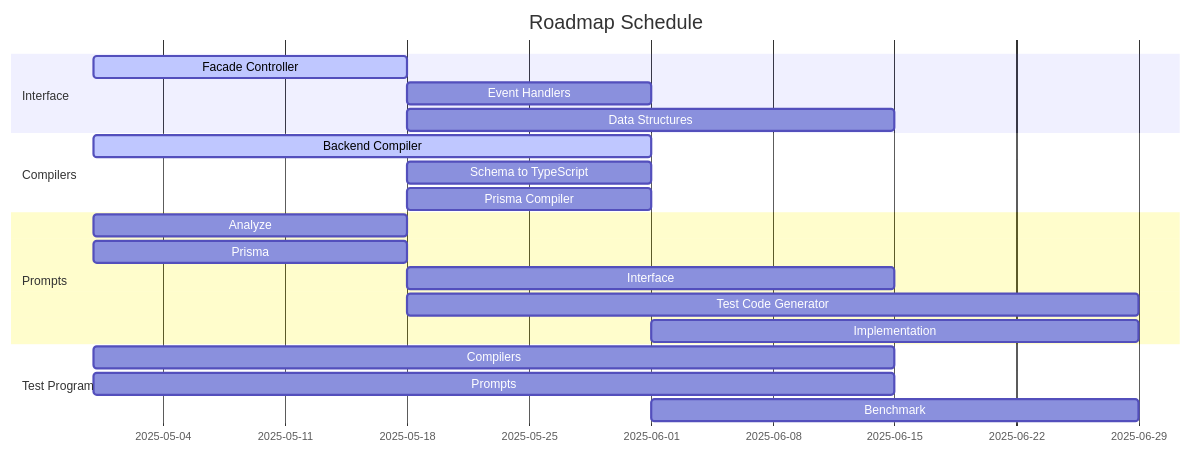
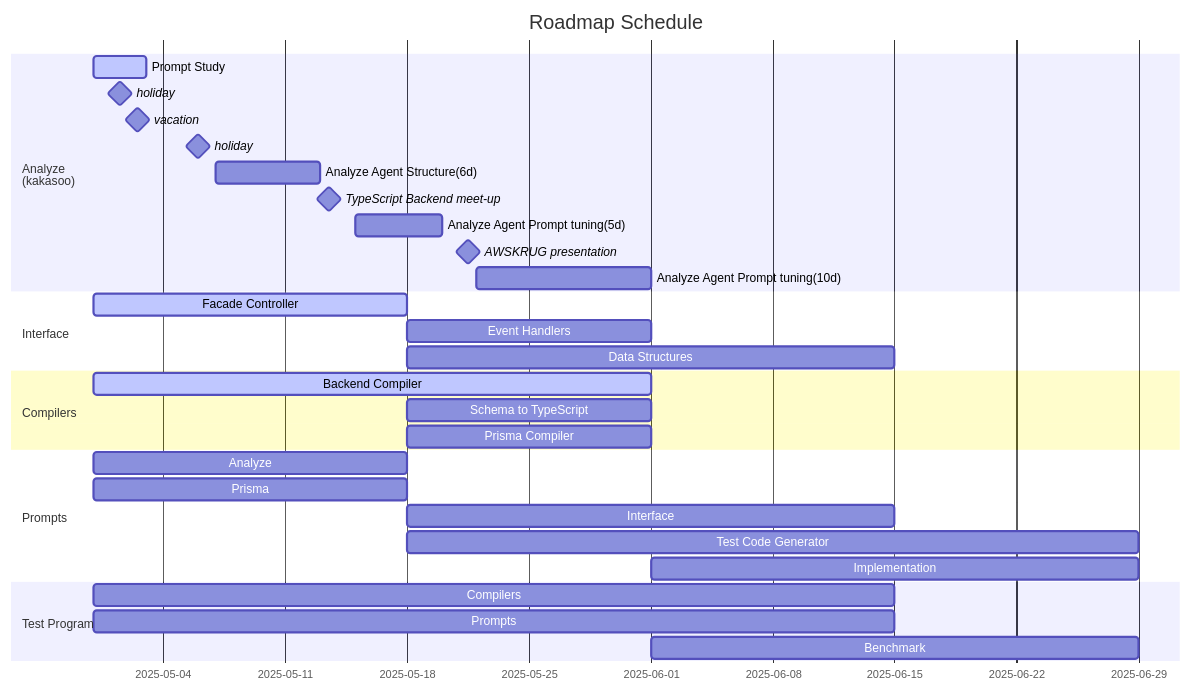
The second of 2 diagrams in README.md (RavenView-ai/autobe), drawn with Mermaid before and after one commit.

Commit message:
docs: Add Roadmap for Kakasoo Part

````diff
--- a/README.md
+++ b/README.md
@@ -259,27 +259,39 @@
 ```mermaid
 gantt
   dateFormat YYYY-MM-DD
   title Roadmap Schedule
+
+  section Analyze<br>(kakasoo)
+  Prompt Study: active, 2025-04-30, 3d
+  holiday: milestone, 2025-05-01, 1d
+  vacation: milestone, 2025-05-02, 1d
+  holiday: milestone, 2025-05-05, 2d
+  Analyze Agent Structure(6d):, 2025-05-07, 6d
+  TypeScript Backend meet-up: milestone, 2025-05-13, 1d
+  Analyze Agent Prompt tuning(5d):, 2025-05-15, 5d
+  AWSKRUG presentation: milestone, 2025-05-21, 1d
+  Analyze Agent Prompt tuning(10d):, 2025-05-22, 10d
+  
 
   section Interface
   Facade Controller: active, 2025-04-30, 18d
   Event Handlers:            2025-05-18, 14d
   Data Structures:           2025-05-18, 28d
 
   section Compilers
   Backend Compiler:     active, 2025-04-30, 32d
   Schema to TypeScript:         2025-05-18, 14d
   Prisma Compiler:              2025-05-18, 14d
 
   section Prompts
   Analyze            : 2025-04-30, 18d
   Prisma             : 2025-04-30, 18d
   Interface          : 2025-05-18, 28d
   Test Code Generator: 2025-05-18, 42d
   Implementation     : 2025-06-01, 28d
 
   section Test Program
   Compilers: 2025-04-30, 46d
   Prompts:   2025-04-30, 46d
   Benchmark: 2025-06-01, 28d
 ```
````
